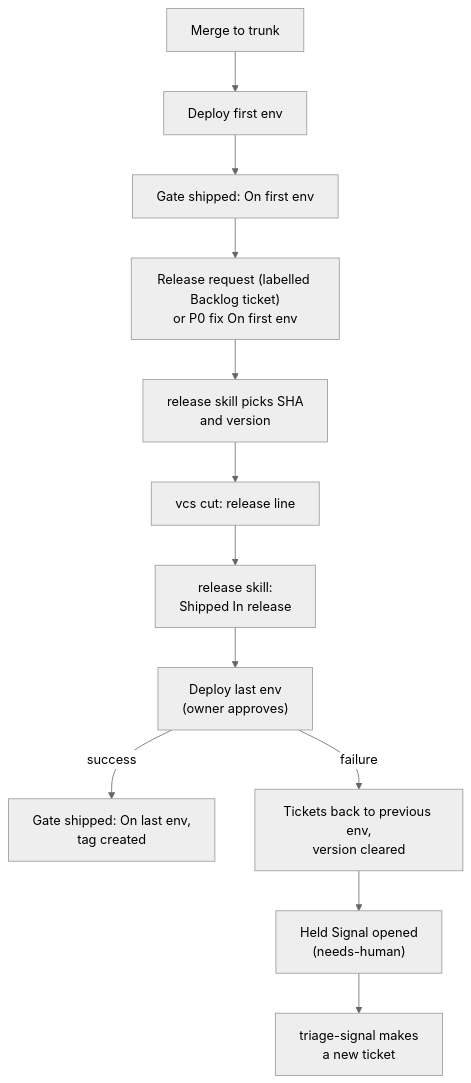
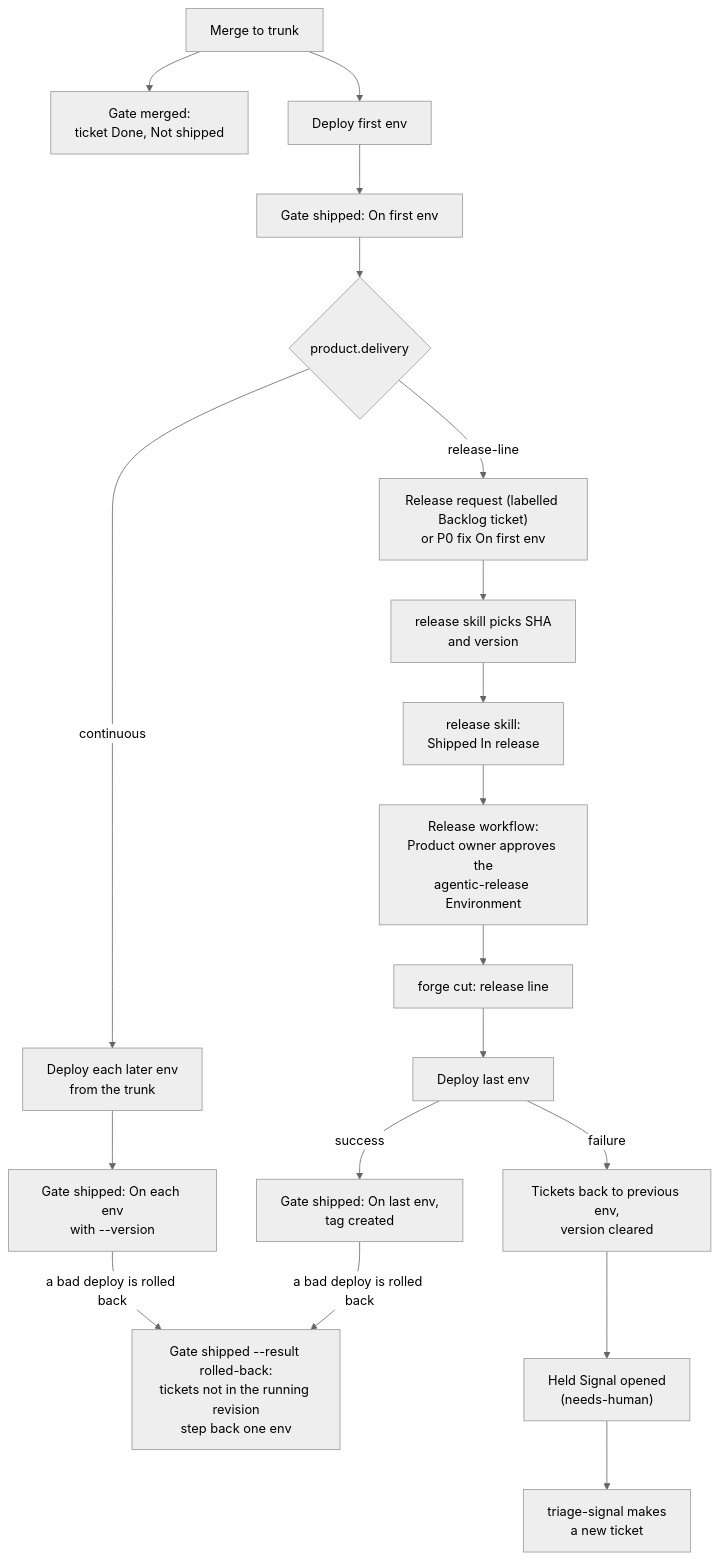
Before and after one commit to dmitriywind/agentic-sdlc: the fourth of 9 diagrams in docs/architecture/flows.md, drawn with Mermaid (neutral theme). The commit also changed other lines of this file and 15 other files, not shown here.

Commit message:
learning off at budget 0 (template default); stress test round 2 record; roadmap

````diff
--- a/docs/architecture/flows.md
+++ b/docs/architecture/flows.md
@@ -130,14 +131,21 @@
 ```mermaid
 flowchart TD
-  M["Merge to trunk"] --> D1["Deploy first env"]
+  M["Merge to trunk"] --> MG["Gate merged:<br/>ticket Done, Not shipped"]
+  M --> D1["Deploy first env"]
   D1 --> SG["Gate shipped: On first env"]
-  SG --> RL["Release request (labelled Backlog ticket)<br/>or P0 fix On first env"]
+  SG --> MODE{"product.delivery"}
+  MODE -->|"continuous"| DC["Deploy each later env<br/>from the trunk"]
+  DC --> OKC["Gate shipped: On each env<br/>with --version"]
+  MODE -->|"release-line"| RL["Release request (labelled Backlog ticket)<br/>or P0 fix On first env"]
   RL --> RS["release skill picks SHA<br/>and version"]
-  RS --> CUT["vcs cut: release line"]
-  CUT --> IR["release skill:<br/>Shipped In release"]
-  IR --> D2["Deploy last env<br/>(owner approves)"]
+  RS --> IR["release skill:<br/>Shipped In release"]
+  IR --> WF["Release workflow:<br/>Product owner approves the<br/>agentic-release Environment"]
+  WF --> CUT["forge cut: release line"]
+  CUT --> D2["Deploy last env"]
   D2 -->|"success"| OK["Gate shipped: On last env,<br/>tag created"]
   D2 -->|"failure"| FAIL["Tickets back to previous env,<br/>version cleared"]
   FAIL --> SIG["Held Signal opened<br/>(needs-human)"]
   SIG --> TR["triage-signal makes<br/>a new ticket"]
+  OKC -->|"a bad deploy is rolled back"| RB["Gate shipped --result rolled-back:<br/>tickets not in the running revision<br/>step back one env"]
+  OK -->|"a bad deploy is rolled back"| RB
 ```
````
